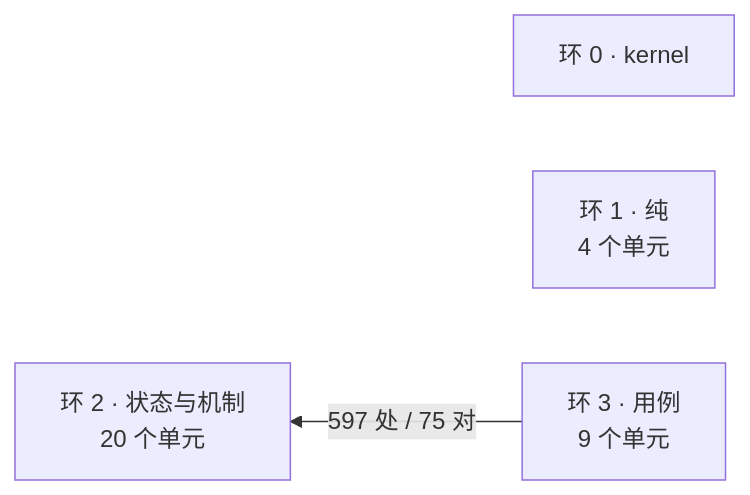
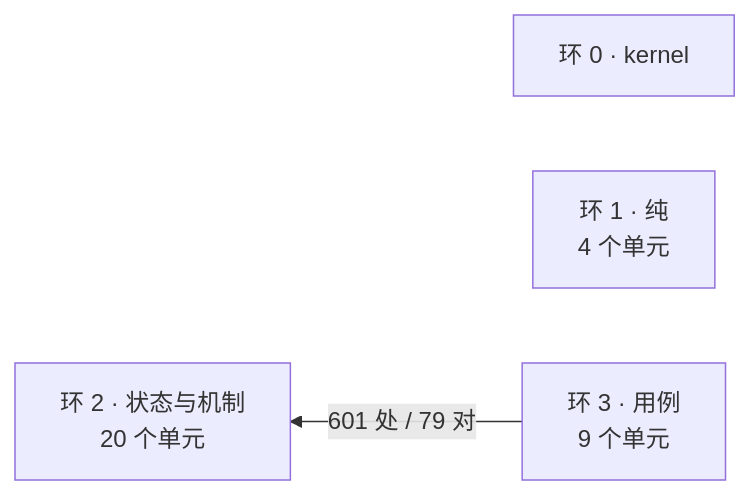
Before and after one commit to theRMM714/Solomni: the diagram in docs/architecture/dependency-map.md, drawn with Mermaid. The commit also changed other lines of this file and 80 other files, not shown here.

````diff
--- a/docs/architecture/dependency-map.md
+++ b/docs/architecture/dependency-map.md
@@ -14,8 +14,8 @@
 ```mermaid
 flowchart RL
   R0["环 0 · kernel"]
   R1["环 1 · 纯<br/>4 个单元"]
   R2["环 2 · 状态与机制<br/>20 个单元"]
   R3["环 3 · 用例<br/>9 个单元"]
-  R3 -->|"597 处 / 75 对"| R2
+  R3 -->|"601 处 / 79 对"| R2
 ```
````
